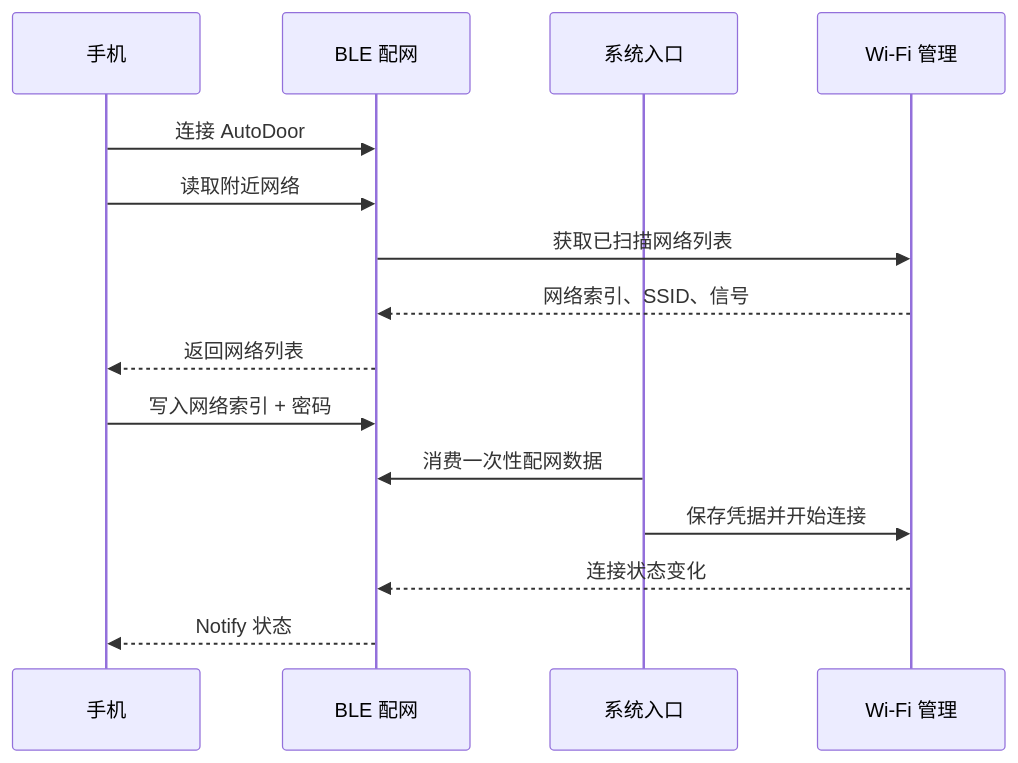
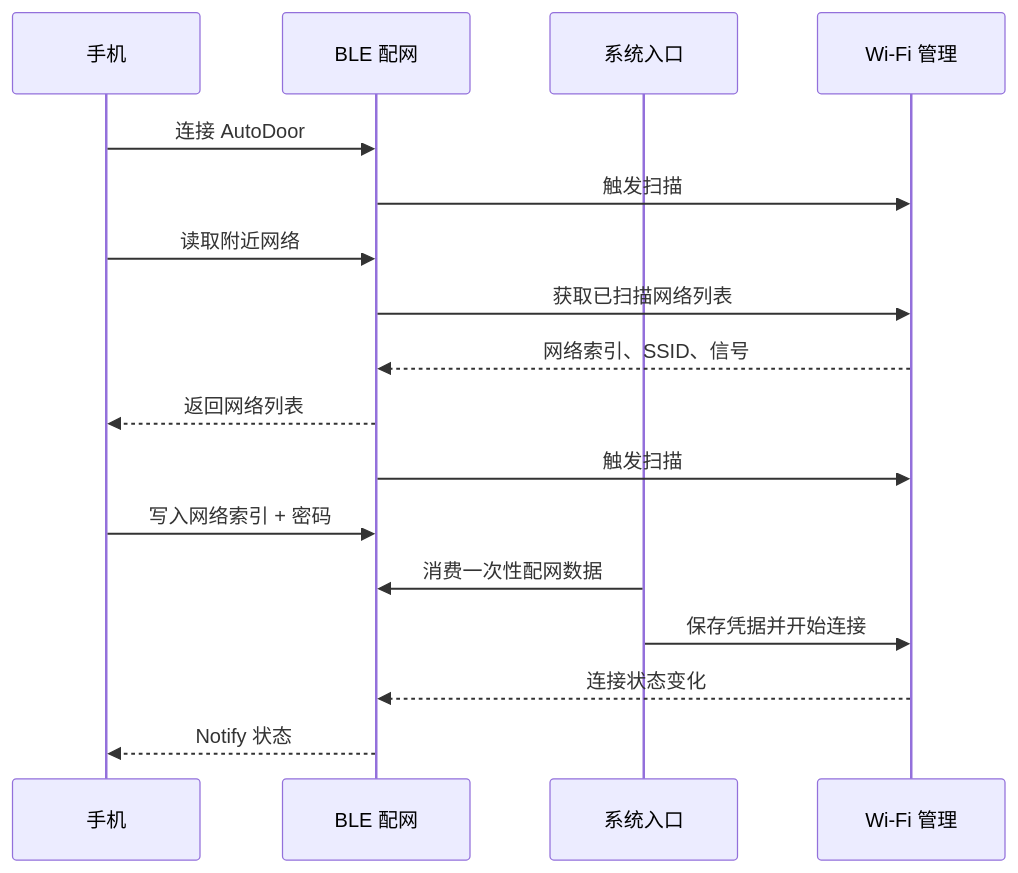
Before and after one commit to qujsh/auto-door: the diagram in docs/31-BLE配网.md, drawn with Mermaid. The commit also changed other lines of this file and 7 other files, not shown here.

````diff
--- a/docs/31-BLE配网.md
+++ b/docs/31-BLE配网.md
@@ -21,18 +21,20 @@
 ```mermaid
 sequenceDiagram
     participant Phone as 手机
     participant BLE as BLE 配网
     participant App as 系统入口
     participant WiFi as Wi-Fi 管理
 
     Phone->>BLE: 连接 AutoDoor
+    BLE->>WiFi: 触发扫描
     Phone->>BLE: 读取附近网络
     BLE->>WiFi: 获取已扫描网络列表
     WiFi-->>BLE: 网络索引、SSID、信号
     BLE-->>Phone: 返回网络列表
+    BLE->>WiFi: 触发扫描
     Phone->>BLE: 写入网络索引 + 密码
     App->>BLE: 消费一次性配网数据
     App->>WiFi: 保存凭据并开始连接
     WiFi-->>BLE: 连接状态变化
     BLE-->>Phone: Notify 状态
 ```
````
